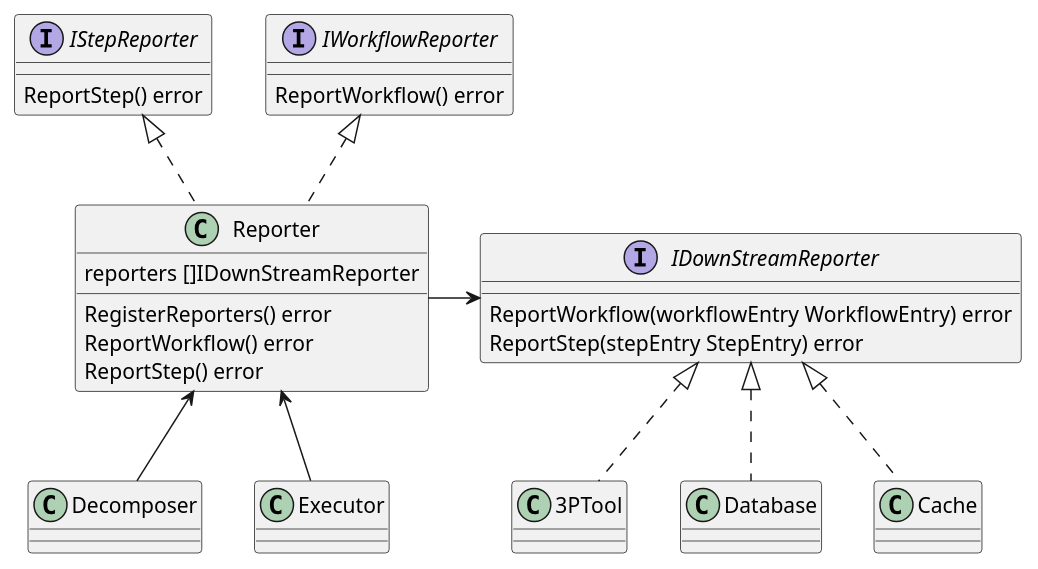
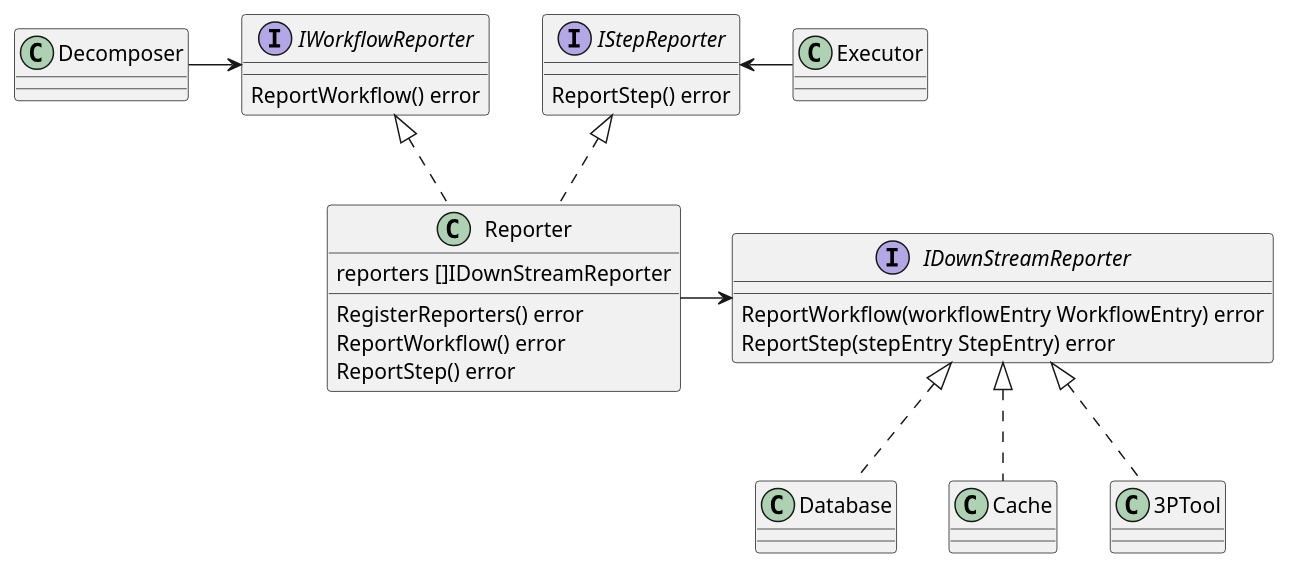
Before and after one commit to COSSAS/SOARCA: the diagram in docs/content/en/docs/core-components/reporting.md, drawn with PlantUML. The commit also changed 2 other files, not shown here.

Commit message:
update documentation schema

````diff
--- a/docs/content/en/docs/core-components/reporting.md
+++ b/docs/content/en/docs/core-components/reporting.md
@@ -29,46 +29,46 @@
 ```plantuml
 @startuml
 set separator ::
 
 interface IStepReporter{
    ReportStep() error
 }
 
 interface IWorkflowReporter{
     ReportWorkflow() error
 }
 
 
 interface IDownStreamReporter {
     ReportWorkflow(workflowEntry WorkflowEntry) error
 	ReportStep(stepEntry StepEntry) error
 }
 
 class Reporter {
     reporters []IDownStreamReporter
 
     RegisterReporters() error
     ReportWorkflow() error
     ReportStep() error
 }
 
 class Database
 class Cache
 class 3PTool
 
 class Decomposer
 class Executor
 
-Decomposer -up-> Reporter
-Executor -up-> Reporter
+Decomposer -right-> IWorkflowReporter
+Executor -left-> IStepReporter
 
+Reporter .up.|> IStepReporter
 Reporter .up.|> IWorkflowReporter
-Reporter .up.|> IStepReporter
 Reporter -right-> IDownStreamReporter
 
 
 Database .up.|> IDownStreamReporter
 Cache .up.|> IDownStreamReporter
 3PTool .up.|> IDownStreamReporter
 
 ```
````
